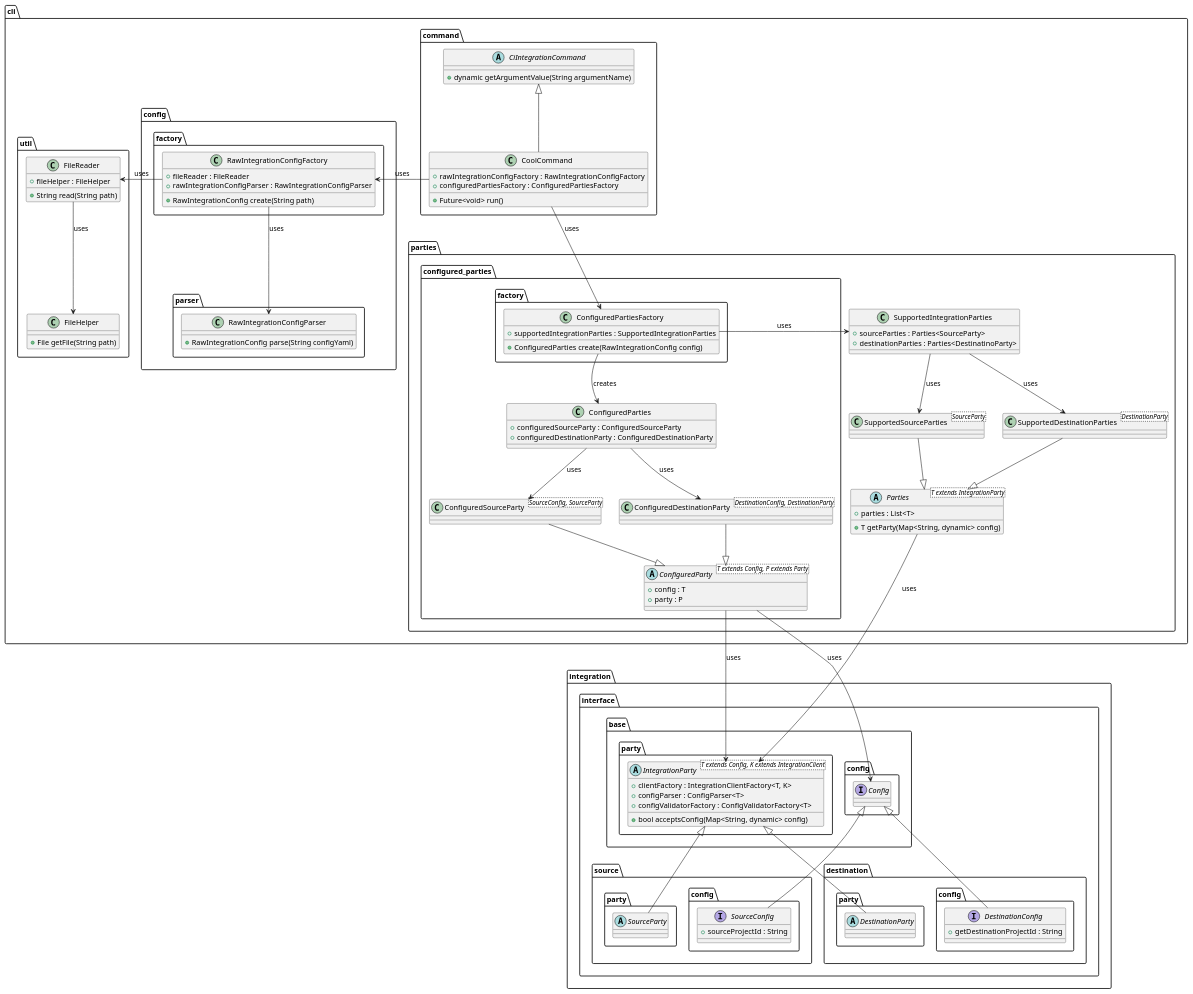
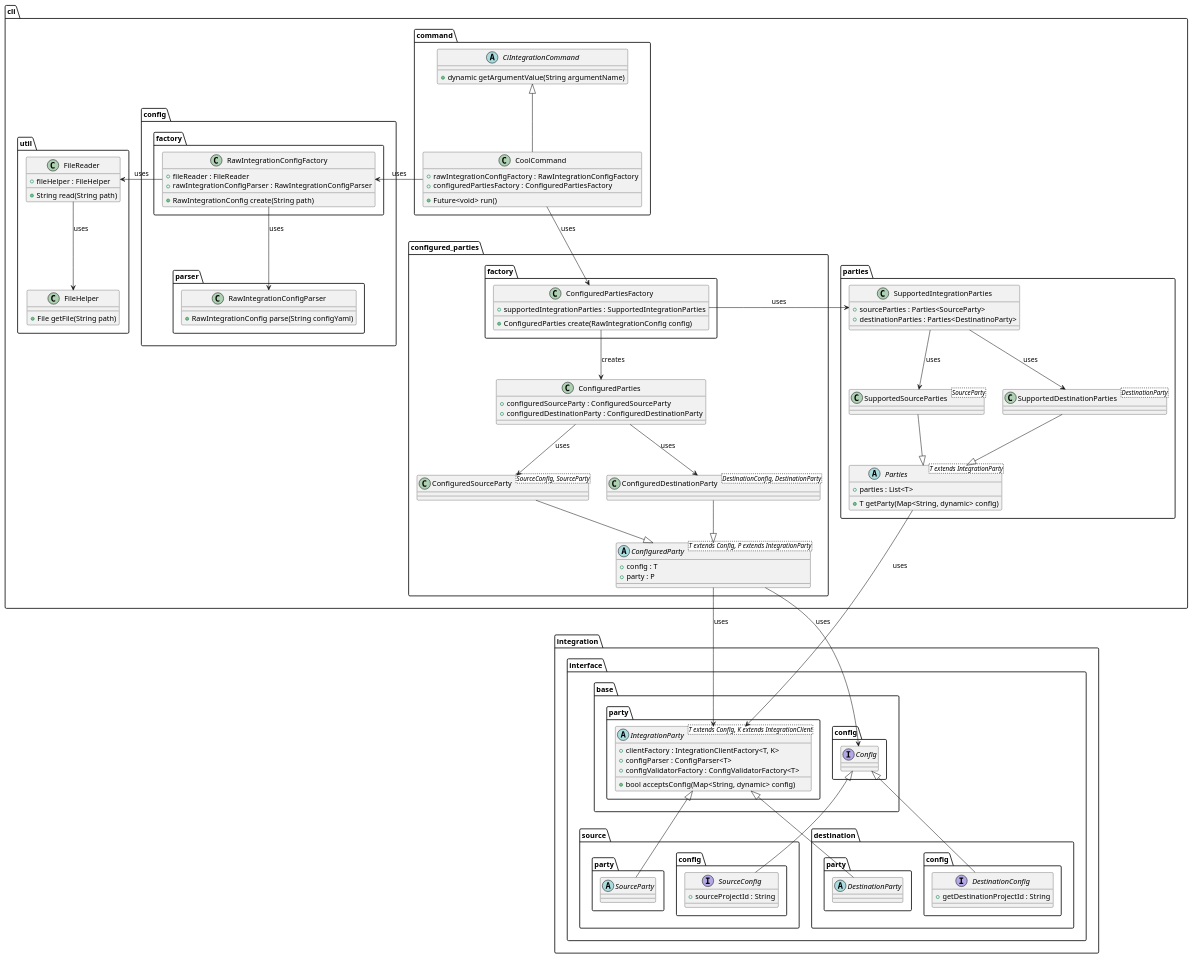
One commit to Flank/flank-dashboard changed the diagram in metrics/ci_integrations/docs/diagrams/commands_code_sharing.puml. Above: the diagram before and after it, drawn with PlantUML.

Commit message:
More diagram fixes

```diff
--- a/metrics/ci_integrations/docs/diagrams/commands_code_sharing.puml
+++ b/metrics/ci_integrations/docs/diagrams/commands_code_sharing.puml
@@ -1,166 +1,166 @@
 @startuml commands_code_sharing
 
 package cli {
     package command {
         abstract class CiIntegrationCommand {
             + dynamic getArgumentValue(String argumentName)
         }
 
         class CoolCommand {
             + rawIntegrationConfigFactory : RawIntegrationConfigFactory
             + configuredPartiesFactory : ConfiguredPartiesFactory
 
             + Future<void> run()
         }
     }
 
     package parties as cli_parties {
         abstract class Parties<T extends IntegrationParty> {
             + parties : List<T>
 
             + T getParty(Map<String, dynamic> config)
         }
 
         class SupportedSourceParties<SourceParty> {}
 
         class SupportedDestinationParties<DestinationParty> {}
 
         class SupportedIntegrationParties {
             + sourceParties : Parties<SourceParty> 
             + destinationParties : Parties<DestinatinoParty>
         }
+    }
 
-        package configured_parties {
-            package factory as configured_parties_factory {
-                class ConfiguredPartiesFactory {
-                    + supportedIntegrationParties : SupportedIntegrationParties
+    package configured_parties {
+        package factory as configured_parties_factory {
+            class ConfiguredPartiesFactory {
+                + supportedIntegrationParties : SupportedIntegrationParties
 
-                    + ConfiguredParties create(RawIntegrationConfig config)
-                }   
+                + ConfiguredParties create(RawIntegrationConfig config)
             }
+        }
 
-            class ConfiguredParties {
-                    + configuredSourceParty : ConfiguredSourceParty
-                    + configuredDestinationParty : ConfiguredDestinationParty
-            }
+        class ConfiguredParties {
+                + configuredSourceParty : ConfiguredSourceParty
+                + configuredDestinationParty : ConfiguredDestinationParty
+        }
 
-            abstract class ConfiguredParty<T extends Config, P extends Party> {
-                + config : T
-                + party : P
-            }
+        abstract class ConfiguredParty<T extends Config, P extends IntegrationParty> {
+            + config : T
+            + party : P
+        }
 
-            class ConfiguredSourceParty<SourceConfig, SourceParty> {}
-            
-            class ConfiguredDestinationParty<DestinationConfig, DestinationParty> {}
-        }
+        class ConfiguredSourceParty<SourceConfig, SourceParty> {}
+
+        class ConfiguredDestinationParty<DestinationConfig, DestinationParty> {}
     }
     
     package config {
         package parser {
             class RawIntegrationConfigParser {
                 + RawIntegrationConfig parse(String configYaml)
             }
         }
 
         package factory {
             class RawIntegrationConfigFactory {
                 + fileReader : FileReader
                 + rawIntegrationConfigParser : RawIntegrationConfigParser
 
                 + RawIntegrationConfig create(String path)
             }
         }
     }
     
     package util {
         class FileHelper {
             + File getFile(String path)
         }
         
         class FileReader {
             + fileHelper : FileHelper
             
             + String read(String path)
         }
     }
 }
 
 package integration.interface {
     package base {
         package party as base_party {
             abstract class IntegrationParty<T extends Config, K extends IntegrationClient> {
                 + clientFactory : IntegrationClientFactory<T, K>
                 + configParser : ConfigParser<T>
                 + configValidatorFactory : ConfigValidatorFactory<T>
 
                 + bool acceptsConfig(Map<String, dynamic> config)
             }
         }
 
         package config as base_config {
             interface Config {}
         }
     }
 
     package source {
         package party as source_party {
             abstract class SourceParty {}
         }
 
         package config as source_config {
             interface SourceConfig {
                 + sourceProjectId : String
             }
         }
     }
 
     package destination {
         package party as destination_party {
             abstract class DestinationParty {}
         }
 
         package config as destination_config {
             interface DestinationConfig {
                 + getDestinationProjectId : String
             }
         }
     }
 }
 
 
 SourceParty -up-|> IntegrationParty
 DestinationParty -up-|> IntegrationParty
 
 SupportedSourceParties --|> Parties
 SupportedDestinationParties --|> Parties
 
 Parties --> IntegrationParty : uses
 
 SourceConfig --|> Config
 DestinationConfig --|> Config
 
 SupportedIntegrationParties --> SupportedSourceParties : uses
 SupportedIntegrationParties --> SupportedDestinationParties : uses
 
 CoolCommand -up-|> CiIntegrationCommand
 CoolCommand -right-> RawIntegrationConfigFactory : uses
 CoolCommand --> ConfiguredPartiesFactory : uses
 
 RawIntegrationConfigFactory -left-> FileReader : uses
 RawIntegrationConfigFactory --> RawIntegrationConfigParser : uses
 
 FileReader --> FileHelper : uses
 
 ConfiguredPartiesFactory --> ConfiguredParties : creates
 ConfiguredPartiesFactory -right-> SupportedIntegrationParties : uses
 
 ConfiguredParties --> ConfiguredSourceParty : uses
 ConfiguredParties --> ConfiguredDestinationParty : uses
 
 ConfiguredSourceParty --|> ConfiguredParty
 ConfiguredDestinationParty --|> ConfiguredParty
 
 ConfiguredParty --> IntegrationParty : uses
 ConfiguredParty --> Config : uses
 
 @enduml
```
